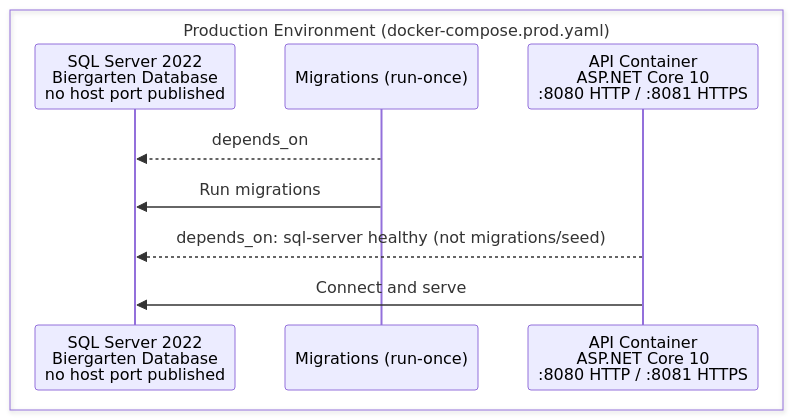
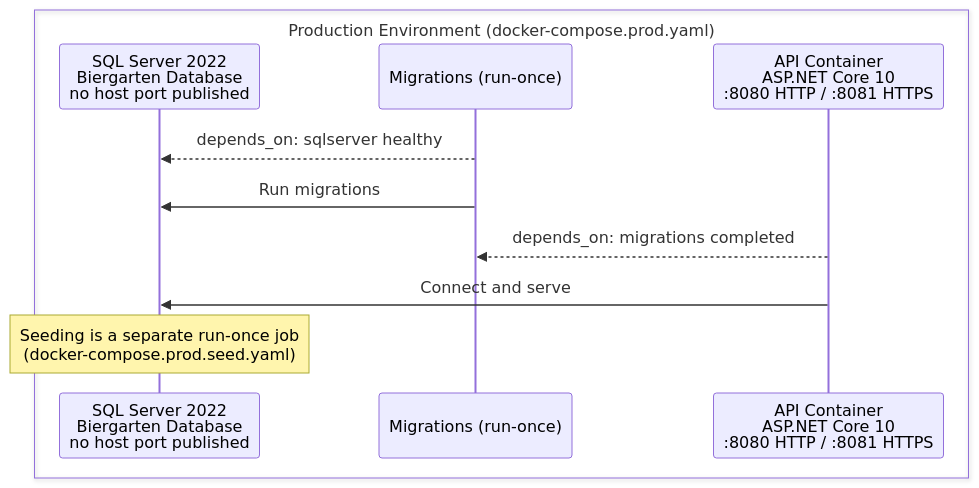
Before and after one commit to aaronpo97/the-biergarten-app: the diagram in docs/web/diagrams/deployment/prod.mmd, drawn with Mermaid. The commit also changed 4 other files, not shown here.

```diff
--- a/docs/web/diagrams/deployment/prod.mmd
+++ b/docs/web/diagrams/deployment/prod.mmd
@@ -1,11 +1,12 @@
 sequenceDiagram
     box Production Environment (docker-compose.prod.yaml)
     participant ProdDB as SQL Server 2022<br/>Biergarten Database<br/>no host port published
     participant ProdMig as Migrations (run-once)
     participant ProdAPI as API Container<br/>ASP.NET Core 10<br/>:8080 HTTP / :8081 HTTPS
     end
 
-    ProdMig-->>ProdDB: depends_on
+    ProdMig-->>ProdDB: depends_on: sqlserver healthy
     ProdMig->>ProdDB: Run migrations
-    ProdAPI-->>ProdDB: depends_on: sql-server healthy (not migrations/seed)
+    ProdAPI-->>ProdMig: depends_on: migrations completed
     ProdAPI->>ProdDB: Connect and serve
+    Note over ProdDB: Seeding is a separate run-once job<br/>(docker-compose.prod.seed.yaml)
```
